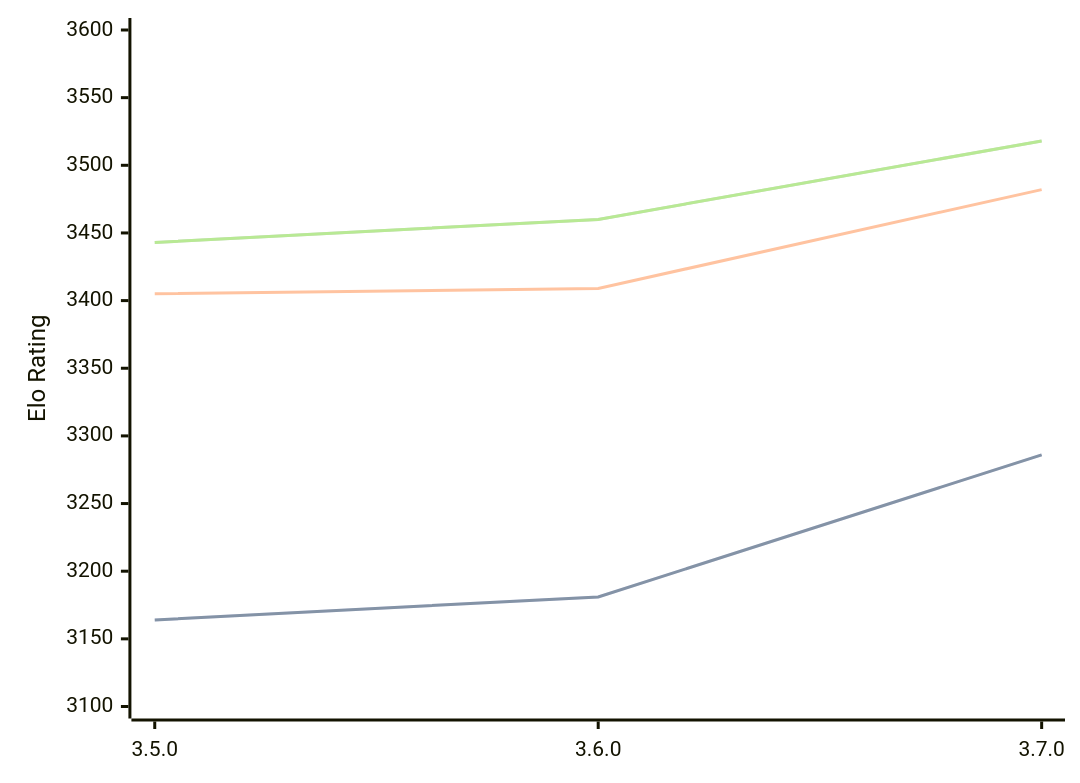
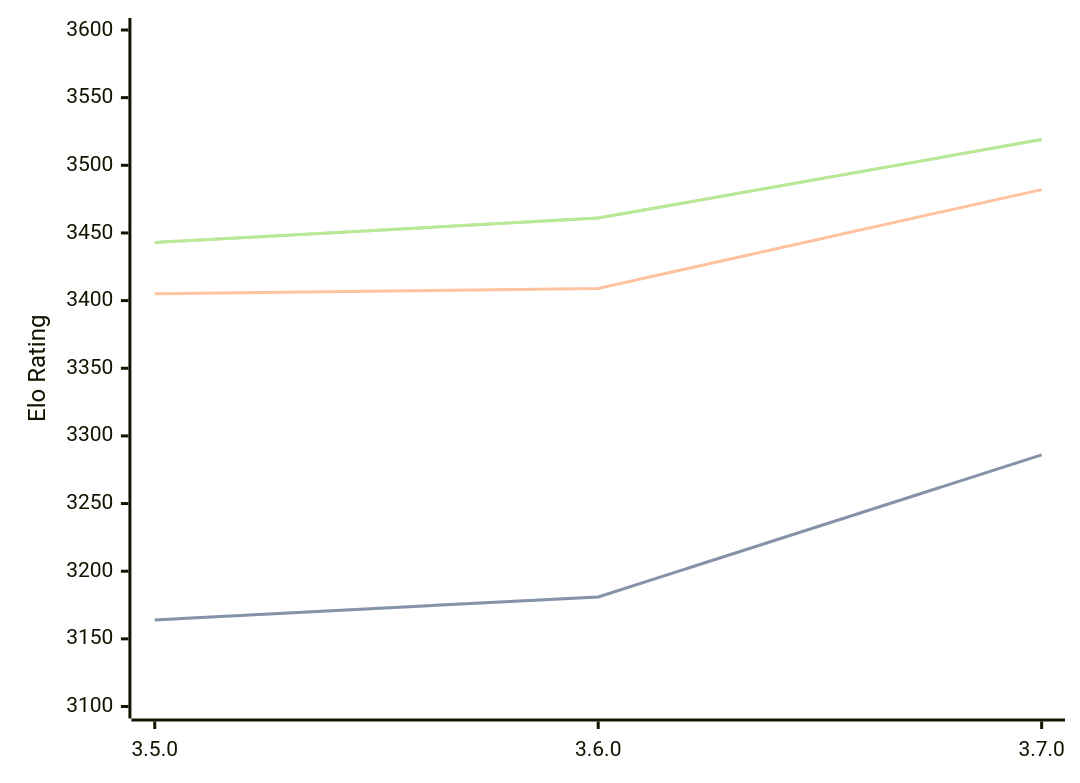
One commit to computer-chess-index/cci changed the diagram in engines/Igel.md. Above: the diagram before and after it, drawn with Mermaid. The commit also changed other lines of this file, not shown here.

Commit message:
Update CCI Ratings (ELO VLTC) - 2026-09-04

````diff
--- a/engines/Igel.md
+++ b/engines/Igel.md
@@ -33,11 +33,11 @@
 ```mermaid
 %%{init: {"theme":"base","themeVariables":{"seriesColors:['#a3a3a3','#222221','#faa371']}}}%%
 xychart-beta
   x-axis ["3.5.0", "3.6.0", "3.7.0"]
   y-axis "Elo Rating" 3100 --> 3600
   line "" [3164, 3181, 3286]
   line "STC (8.0+0.08s)" [3164, 3181, 3286]
   line "LTC (60.0+0.60s)" [3405, 3409, 3482]
-  line "" [3443, 3460, 3518]
-  line "VLTC (2m24s+1.12s)" [3443, 3460, 3518]
+  line "" [3443, 3461, 3519]
+  line "VLTC (2m24s+1.12s)" [3443, 3461, 3519]
 ```
````
